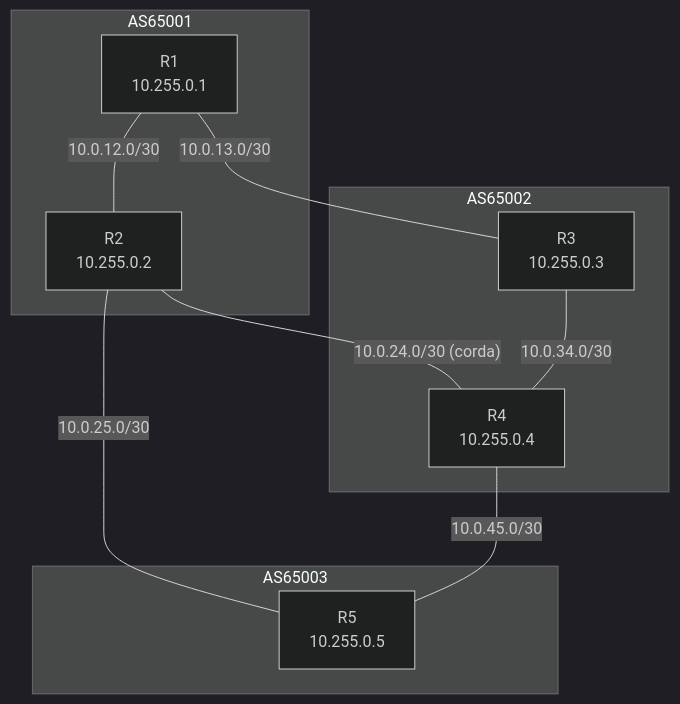
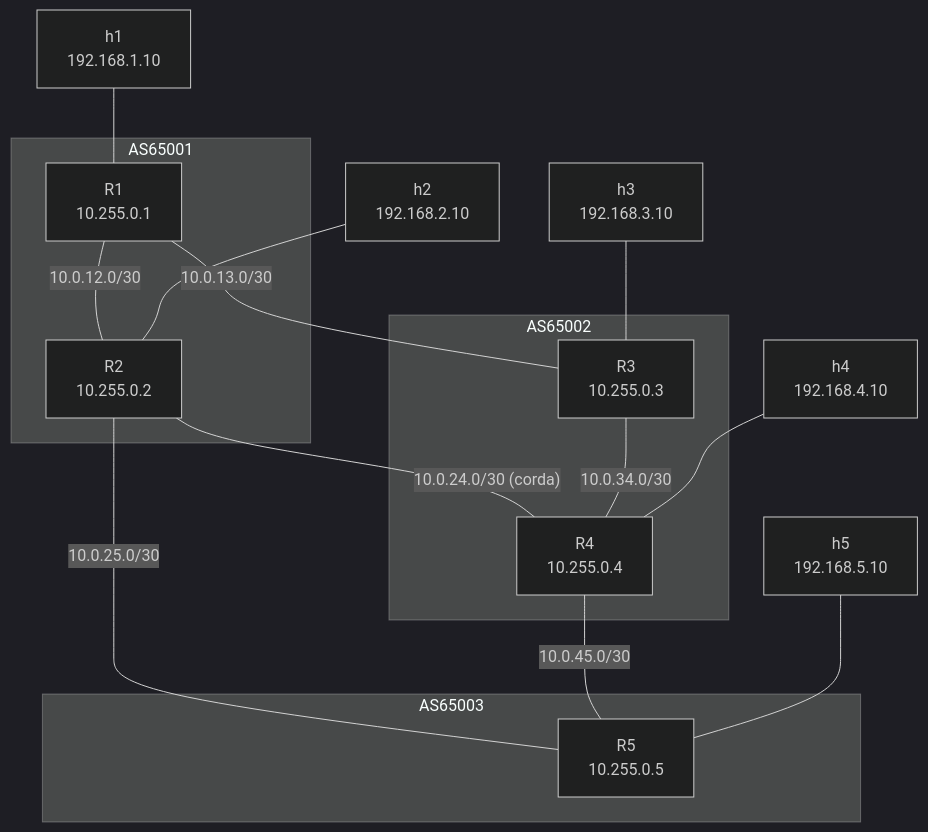
The first of 2 diagrams in README.md (Pglopess/lab-roteamento-frr), drawn with Mermaid (dark theme) before and after one commit. The commit also changed other lines of this file and 20 other files, not shown here.

````diff
--- a/README.md
+++ b/README.md
@@ -40,20 +41,25 @@
 ```mermaid
 graph TB
   subgraph AS1["AS65001"]
     R1["R1<br/>10.255.0.1"]
     R2["R2<br/>10.255.0.2"]
   end
   subgraph AS2["AS65002"]
     R3["R3<br/>10.255.0.3"]
     R4["R4<br/>10.255.0.4"]
   end
   subgraph AS3["AS65003"]
     R5["R5<br/>10.255.0.5"]
   end
   R1 ---|"10.0.12.0/30"| R2
   R1 ---|"10.0.13.0/30"| R3
   R2 ---|"10.0.24.0/30 (corda)"| R4
   R2 ---|"10.0.25.0/30"| R5
   R3 ---|"10.0.34.0/30"| R4
   R4 ---|"10.0.45.0/30"| R5
+  H1["h1<br/>192.168.1.10"] --- R1
+  H2["h2<br/>192.168.2.10"] --- R2
+  H3["h3<br/>192.168.3.10"] --- R3
+  H4["h4<br/>192.168.4.10"] --- R4
+  H5["h5<br/>192.168.5.10"] --- R5
 ```
````
